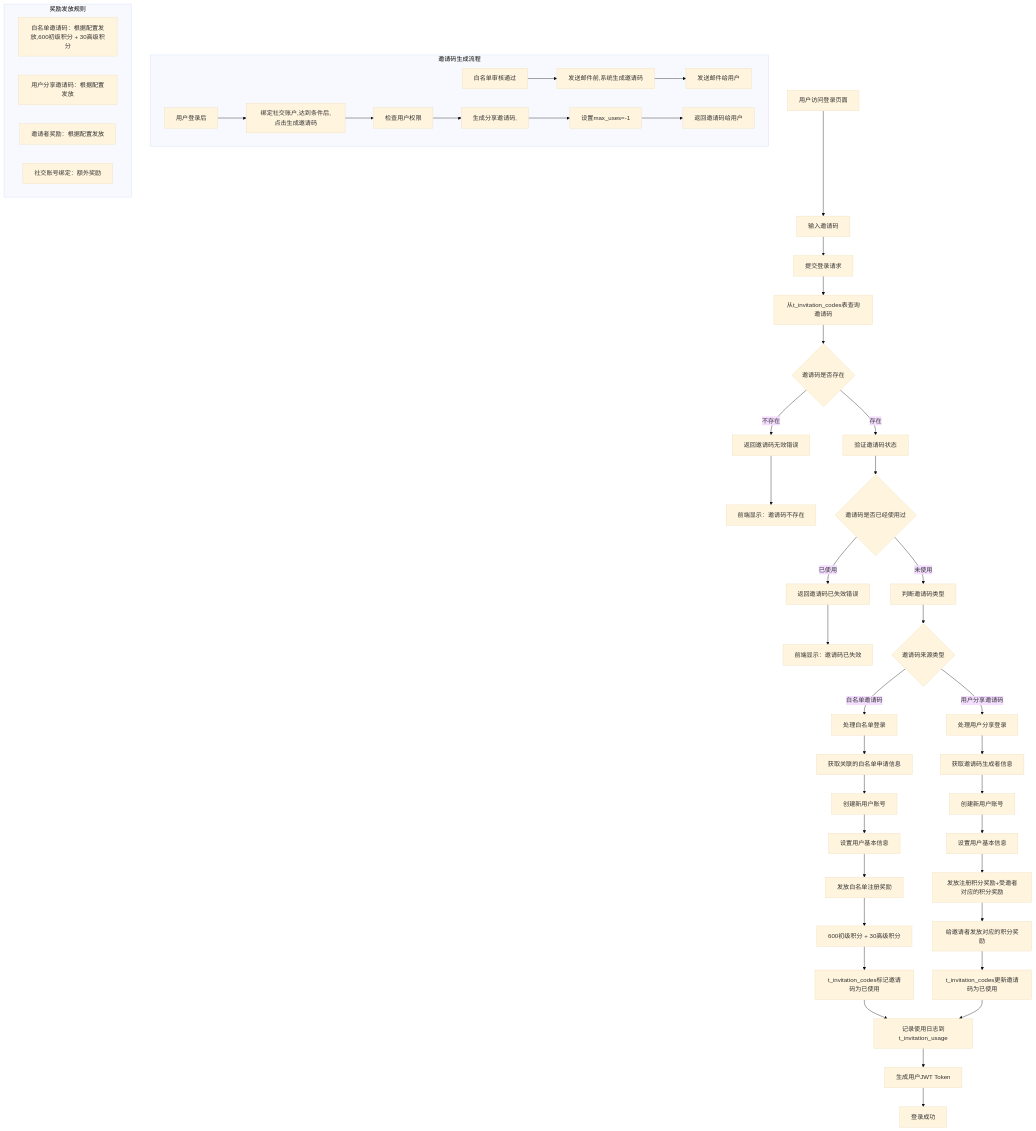
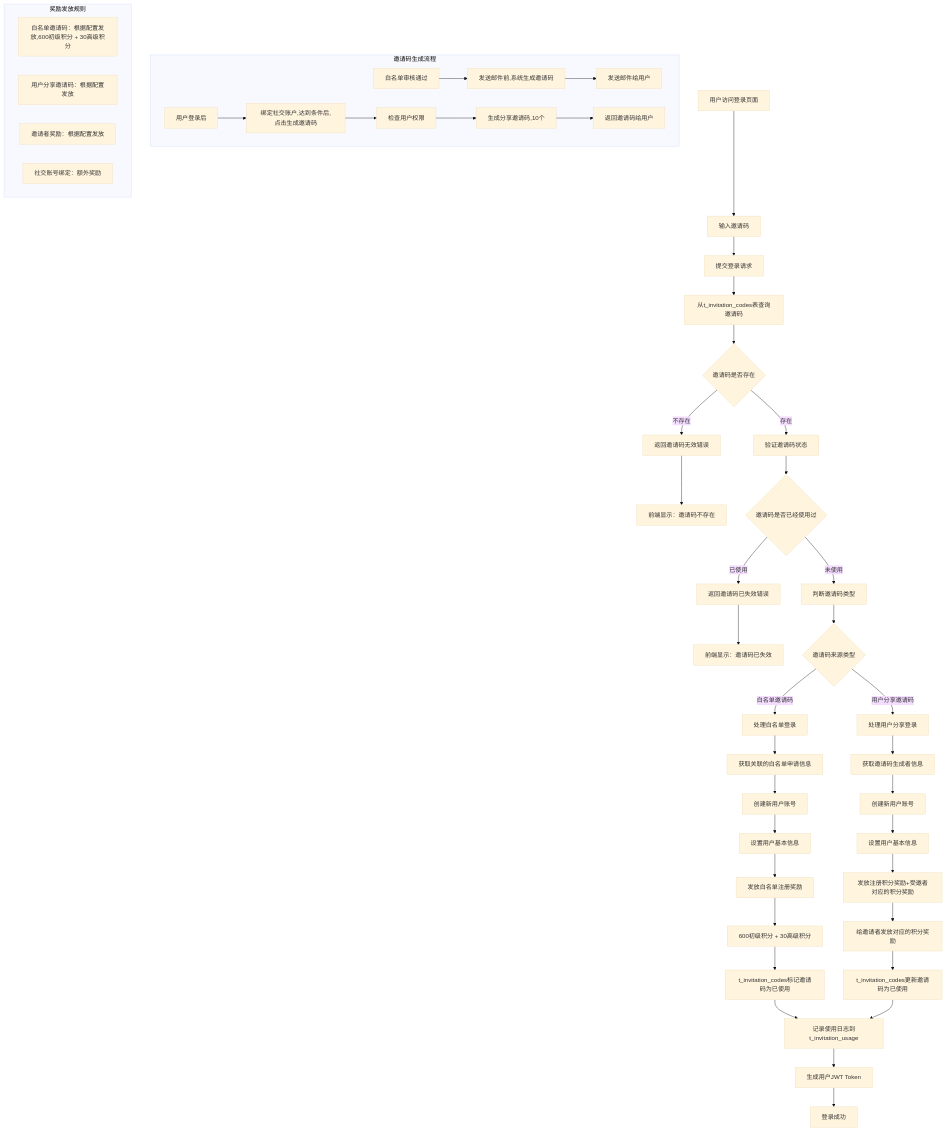
The diagram in all/未命名-71.md (yingjianzh/iodraw-files), drawn with Mermaid (base theme) before and after one commit.

Commit message:
2025-07-03 14:10:06 update

````diff
--- a/all/未命名-71.md
+++ b/all/未命名-71.md
@@ -1,58 +1,57 @@
 ```mermaid
 flowchart TD
     A[用户访问登录页面] --> B[输入邀请码]
     B --> E[提交登录请求]
     E --> H[从t_invitation_codes表查询邀请码]
     H --> I{邀请码是否存在}
     I -->|不存在| J[返回邀请码无效错误]
     J --> K[前端显示：邀请码不存在]
     
     I -->|存在| L[验证邀请码状态]
     L --> M{邀请码是否已经使用过}
     M -->|已使用| N[返回邀请码已失效错误]
     N --> O[前端显示：邀请码已失效]
     
     M -->|未使用| X[判断邀请码类型]
     X --> Y{邀请码来源类型}
     
     Y -->|白名单邀请码| Z[处理白名单登录]
     Z --> Z1[获取关联的白名单申请信息]
     Z1 --> Z2[创建新用户账号]
     Z2 --> Z3[设置用户基本信息]
     Z3 --> Z4[发放白名单注册奖励]
     Z4 --> Z5[600初级积分 + 30高级积分]
     Z5 --> Z6[t_invitation_codes标记邀请码为已使用]
     Z6 --> AA[记录使用日志到t_invitation_usage]
     
     Y -->|用户分享邀请码| BB[处理用户分享登录]
     BB --> BB1[获取邀请码生成者信息]
     BB1 --> BB2[创建新用户账号]
     BB2 --> BB3[设置用户基本信息]
     BB3 --> BB4[发放注册积分奖励+受邀者对应的积分奖励]
     BB4 --> BB5[给邀请者发放对应的积分奖励]
     BB5 --> BB6[t_invitation_codes更新邀请码为已使用]
     BB6 --> AA
     
     AA --> CC[生成用户JWT Token]
     CC --> DD[登录成功]
     
 
     subgraph "邀请码生成流程"
         IG1[白名单审核通过] --> IG2[发送邮件前,系统生成邀请码]
         IG2 --> IG5[发送邮件给用户]
         
         UG1[用户登录后] --> UG2[绑定社交账户,达到条件后,点击生成邀请码]
         UG2 --> UG3[检查用户权限]
-        UG3 --> UG4[生成分享邀请码,]
-        UG4 --> UG5[设置max_uses=-1]
-        UG5 --> UG6[返回邀请码给用户]
+        UG3 --> UG4[生成分享邀请码,10个]
+        UG4 --> UG6[返回邀请码给用户]
     end
     
     subgraph "奖励发放规则"
         R1[白名单邀请码：根据配置发放,600初级积分 + 30高级积分]
         R2[用户分享邀请码：根据配置发放]
         R3[邀请者奖励：根据配置发放]
         R4[社交账号绑定：额外奖励]
     end
   
 ```
````
